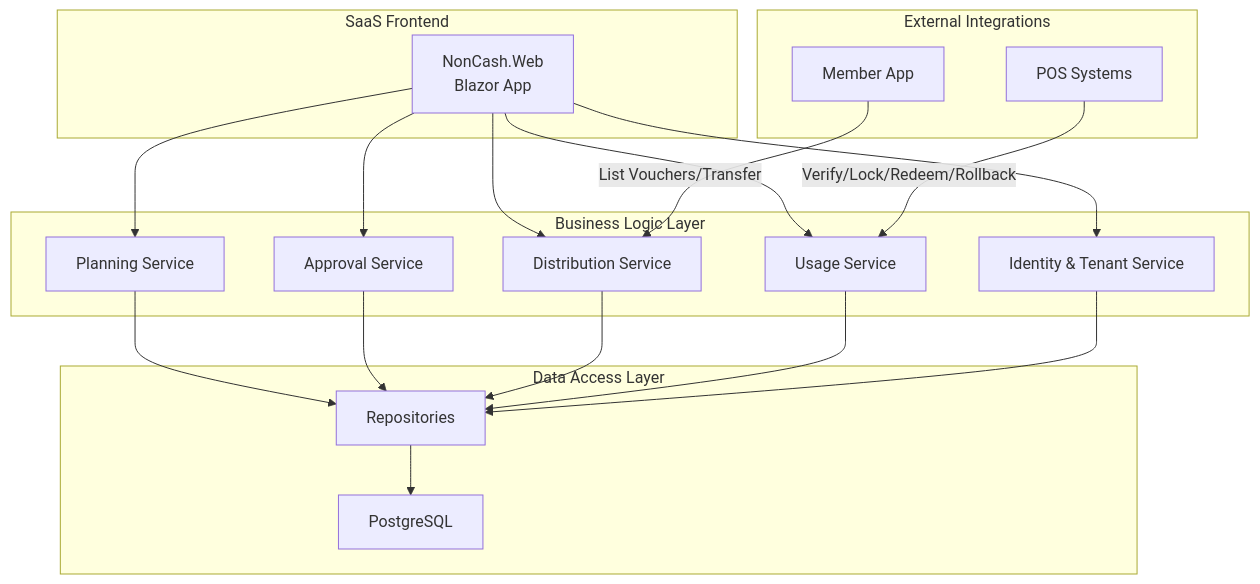
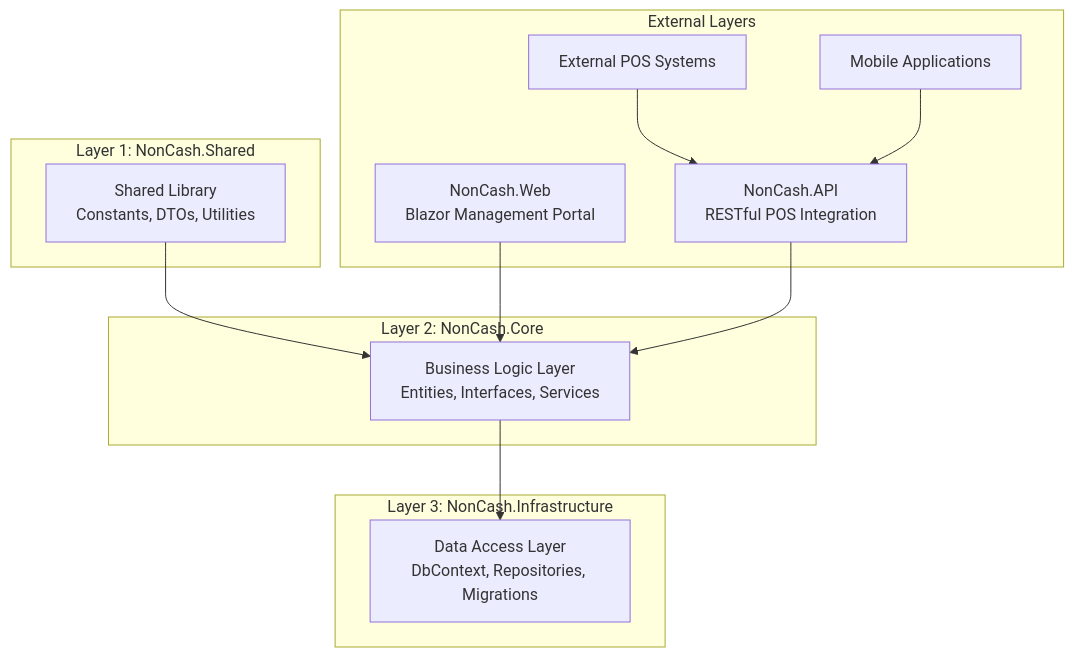
Before and after one commit to lamhongbac/NonCash: the second of 7 diagrams in .qoder/repowiki/en/content/Project Overview/Project Overview.md, drawn with Mermaid. The commit also changed other lines of this file and 13 other files, not shown here.

````diff
--- a/.qoder/repowiki/en/content/Project Overview/Project Overview.md
+++ b/.qoder/repowiki/en/content/Project Overview/Project Overview.md
@@ -96,34 +146,24 @@
 ```mermaid
 graph TB
-subgraph "SaaS Frontend"
-W["NonCash.Web<br/>Blazor App"]
+subgraph "Layer 1: NonCash.Shared"
+SH["Shared Library<br/>Constants, DTOs, Utilities"]
 end
-subgraph "Business Logic Layer"
-P["Planning Service"]
-A["Approval Service"]
-D["Distribution Service"]
-U["Usage Service"]
-IT["Identity & Tenant Service"]
+subgraph "Layer 2: NonCash.Core"
+CORE["Business Logic Layer<br/>Entities, Interfaces, Services"]
 end
-subgraph "Data Access Layer"
-DB["PostgreSQL"]
-REPO["Repositories"]
+subgraph "Layer 3: NonCash.Infrastructure"
+INF["Data Access Layer<br/>DbContext, Repositories, Migrations"]
 end
-subgraph "External Integrations"
-POS["POS Systems"]
-APP["Member App"]
+subgraph "External Layers"
+WEB["NonCash.Web<br/>Blazor Management Portal"]
+API["NonCash.API<br/>RESTful POS Integration"]
+POS["External POS Systems"]
+MEMBER["Mobile Applications"]
 end
-W --> P
-W --> A
-W --> D
-W --> U
-W --> IT
-P --> REPO
-A --> REPO
-D --> REPO
-U --> REPO
-IT --> REPO
-REPO --> DB
-POS --> |"Verify/Lock/Redeem/Rollback"| U
-APP --> |"List Vouchers/Transfer"| D
+SH --> CORE
+CORE --> INF
+WEB --> CORE
+API --> CORE
+POS --> API
+MEMBER --> API
 ```
````
